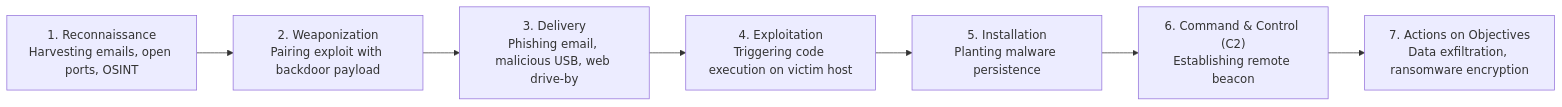
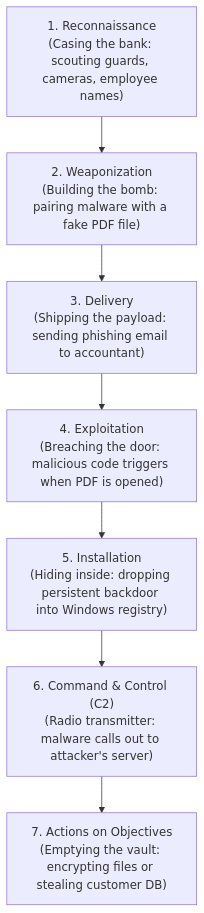
The diagram in SOC/02_Core_Concepts/03_Cyber_Kill_Chain_and_Unified_Kill_Chain.md (varunks04/CBS-Roleplay), drawn with Mermaid before and after one commit. The commit also changed other lines of this file and 40 other files, not shown here.

````diff
--- a/SOC/02_Core_Concepts/03_Cyber_Kill_Chain_and_Unified_Kill_Chain.md
+++ b/SOC/02_Core_Concepts/03_Cyber_Kill_Chain_and_Unified_Kill_Chain.md
@@ -11,9 +20,9 @@
 ```mermaid
-flowchart LR
-    S1["1. Reconnaissance<br>Harvesting emails, open ports, OSINT"] --> S2["2. Weaponization<br>Pairing exploit with backdoor payload"]
-    S2 --> S3["3. Delivery<br>Phishing email, malicious USB, web drive-by"]
-    S3 --> S4["4. Exploitation<br>Triggering code execution on victim host"]
-    S4 --> S5["5. Installation<br>Planting malware persistence"]
-    S5 --> S6["6. Command & Control (C2)<br>Establishing remote beacon"]
-    S6 --> S7["7. Actions on Objectives<br>Data exfiltration, ransomware encryption"]
+flowchart TD
+    Phase1["1. Reconnaissance<br/>(Casing the bank: scouting guards, cameras, employee names)"] --> Phase2["2. Weaponization<br/>(Building the bomb: pairing malware with a fake PDF file)"]
+    Phase2 --> Phase3["3. Delivery<br/>(Shipping the payload: sending phishing email to accountant)"]
+    Phase3 --> Phase4["4. Exploitation<br/>(Breaching the door: malicious code triggers when PDF is opened)"]
+    Phase4 --> Phase5["5. Installation<br/>(Hiding inside: dropping persistent backdoor into Windows registry)"]
+    Phase5 --> Phase6["6. Command & Control (C2)<br/>(Radio transmitter: malware calls out to attacker's server)"]
+    Phase6 --> Phase7["7. Actions on Objectives<br/>(Emptying the vault: encrypting files or stealing customer DB)"]
 ```
````
